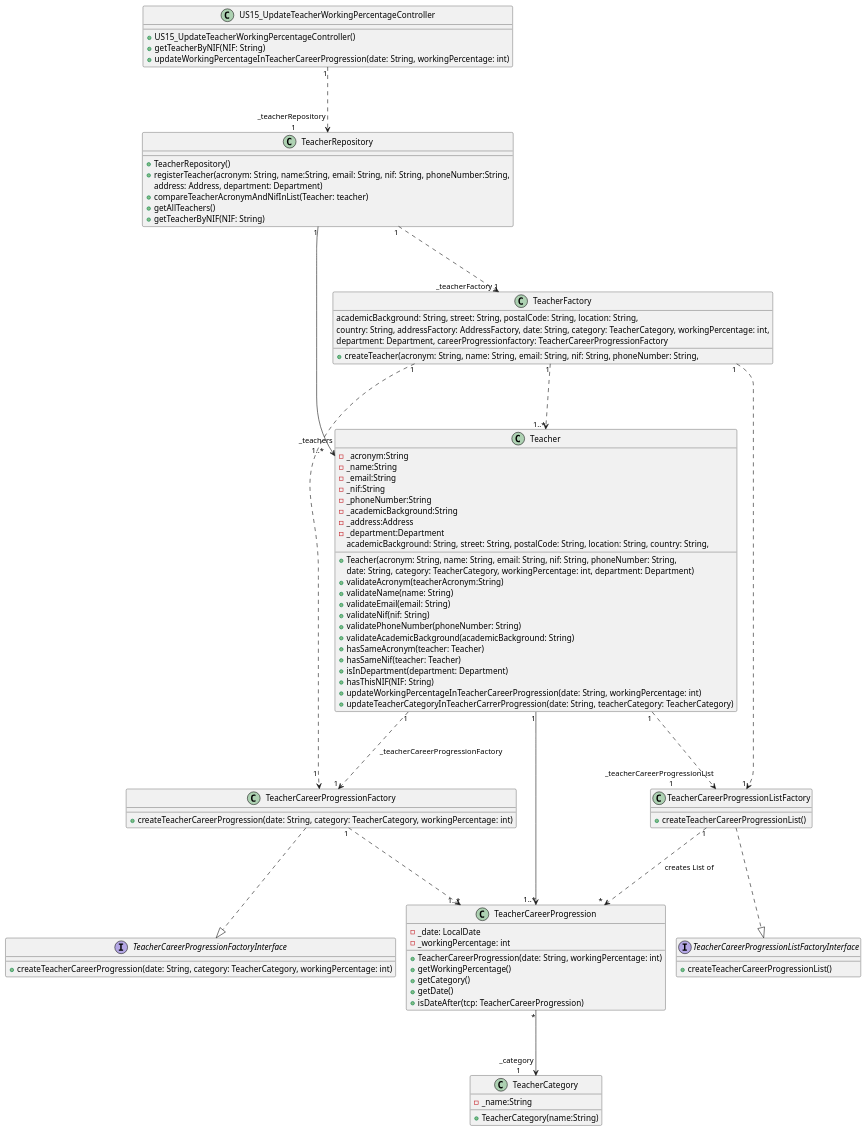
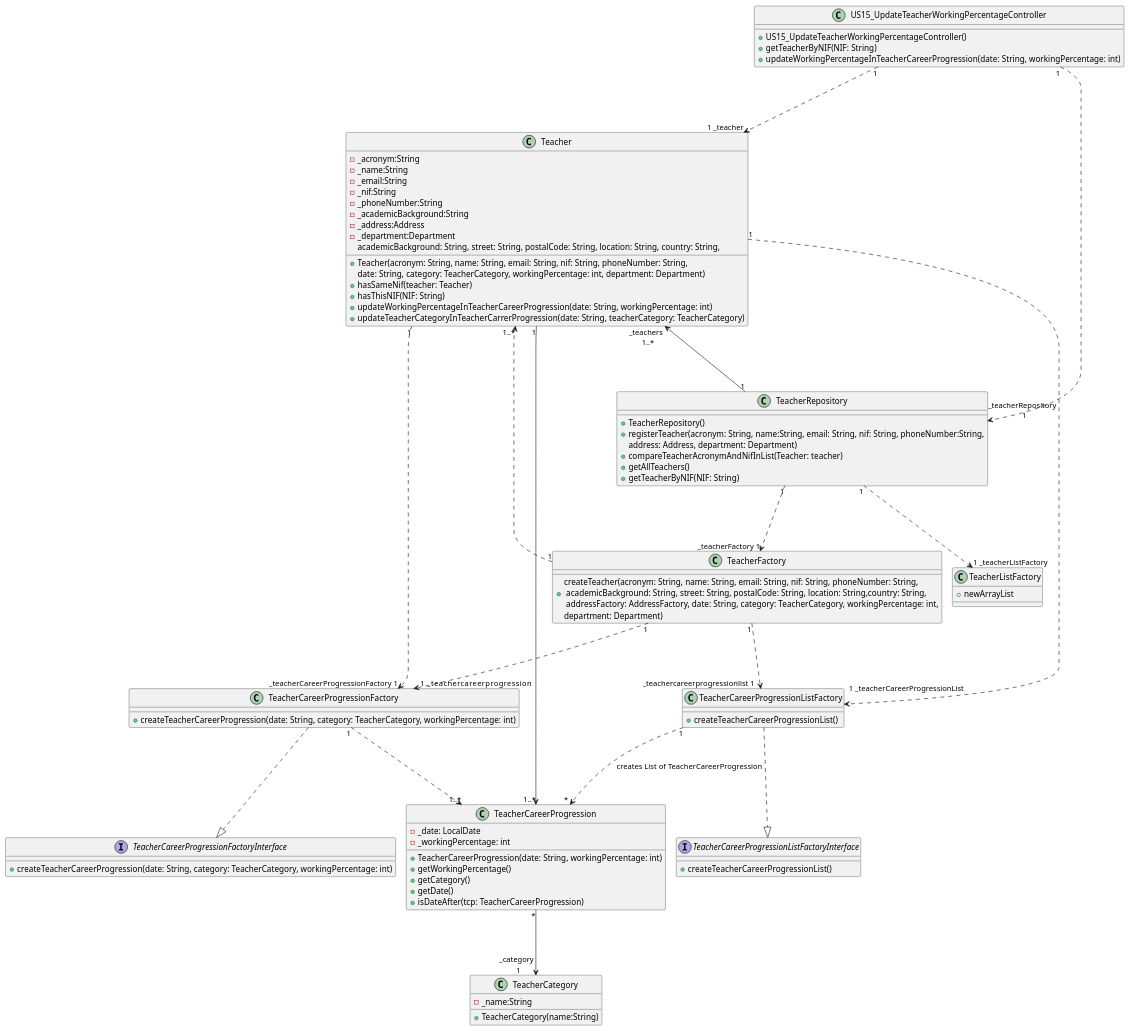
The diagram in docs/US15/US15_ClassDiagram.puml (GasparISEP/DevOps-PAI), drawn with PlantUML before and after one commit. The commit also changed 2 other files, not shown here.

Commit message:
Correction of class diagram for us15

```diff
--- a/docs/US15/US15_ClassDiagram.puml
+++ b/docs/US15/US15_ClassDiagram.puml
@@ -1,100 +1,96 @@
 @startuml
 
 !pragma layout smetana
 'left to right direction
 
 class US15_UpdateTeacherWorkingPercentageController {
     +US15_UpdateTeacherWorkingPercentageController()
     +getTeacherByNIF(NIF: String)
     +updateWorkingPercentageInTeacherCareerProgression(date: String, workingPercentage: int)
 }
 
 class Teacher {
      -_acronym:String
      -_name:String
      -_email:String
      -_nif:String
      -_phoneNumber:String
      -_academicBackground:String
      -_address:Address
      -_department:Department
      +Teacher(acronym: String, name: String, email: String, nif: String, phoneNumber: String,
      academicBackground: String, street: String, postalCode: String, location: String, country: String,
      date: String, category: TeacherCategory, workingPercentage: int, department: Department)
-     +validateAcronym(teacherAcronym:String)
-     +validateName(name: String)
-     +validateEmail(email: String)
-     +validateNif(nif: String)
-     +validatePhoneNumber(phoneNumber: String)
-     +validateAcademicBackground(academicBackground: String)
-     +hasSameAcronym(teacher: Teacher)
      +hasSameNif(teacher: Teacher)
-     +isInDepartment(department: Department)
      +hasThisNIF(NIF: String)
      +updateWorkingPercentageInTeacherCareerProgression(date: String, workingPercentage: int)
      +updateTeacherCategoryInTeacherCarrerProgression(date: String, teacherCategory: TeacherCategory)
 }
 
+class TeacherListFactory {
+     +newArrayList
+}
+
 class TeacherFactory {
-    +createTeacher(acronym: String, name: String, email: String, nif: String, phoneNumber: String,
-   academicBackground: String, street: String, postalCode: String, location: String,
-   country: String, addressFactory: AddressFactory, date: String, category: TeacherCategory, workingPercentage: int,
-   department: Department, careerProgressionfactory: TeacherCareerProgressionFactory
+    +createTeacher(acronym: String, name: String, email: String, nif: String, phoneNumber: String, \n academicBackground: String, street: String, postalCode: String, location: String,country: String, \n addressFactory: AddressFactory, date: String, category: TeacherCategory, workingPercentage: int,
+department: Department)
 }
 
 class TeacherCareerProgression {
     -_date: LocalDate
     -_workingPercentage: int
     +TeacherCareerProgression(date: String, workingPercentage: int)
     +getWorkingPercentage()
     +getCategory()
     +getDate()
     +isDateAfter(tcp: TeacherCareerProgression)
 }
 
 class TeacherRepository {
     +TeacherRepository()
     +registerTeacher(acronym: String, name:String, email: String, nif: String, phoneNumber:String,
                           address: Address, department: Department)
     +compareTeacherAcronymAndNifInList(Teacher: teacher)
     +getAllTeachers()
     +getTeacherByNIF(NIF: String)
 }
 
 class TeacherCategory {
     -_name:String
     + TeacherCategory(name:String)
 }
 
 class TeacherCareerProgressionFactory {
     +createTeacherCareerProgression(date: String, category: TeacherCategory, workingPercentage: int)
 }
 
 interface TeacherCareerProgressionFactoryInterface {
     +createTeacherCareerProgression(date: String, category: TeacherCategory, workingPercentage: int)
 }
 
 class TeacherCareerProgressionListFactory {
     +createTeacherCareerProgressionList()
 }
 
 interface TeacherCareerProgressionListFactoryInterface {
     +createTeacherCareerProgressionList()
 }
 
 US15_UpdateTeacherWorkingPercentageController "1" ....> "_teacherRepository \n 1" TeacherRepository
 Teacher "_teachers \n 1..*" <---- "1" TeacherRepository
 Teacher "1" ----> "\n 1..*" TeacherCareerProgression
 TeacherFactory "1" ....> "1..*" Teacher
-TeacherFactory "1" ....> "1 \n" TeacherCareerProgressionFactory
-TeacherFactory "1" ....> "1" TeacherCareerProgressionListFactory
+TeacherFactory "1" ....> "   1      _teachercareerprogression" TeacherCareerProgressionFactory
+TeacherFactory "1" ....> "    _teachercareerprogressionlist 1   " TeacherCareerProgressionListFactory
 TeacherRepository "1" ....> "_teacherFactory 1" TeacherFactory
 TeacherCareerProgression "*" ----> "_category \n 1" TeacherCategory
-Teacher "1" ....> "1" TeacherCareerProgressionFactory: _teacherCareerProgressionFactory
+Teacher "1" ....> " _teacherCareerProgressionFactory 1" TeacherCareerProgressionFactory
 TeacherCareerProgressionFactory "1" ....> "1..*" TeacherCareerProgression
-Teacher "1" ....> "_teacherCareerProgressionList \n           1" TeacherCareerProgressionListFactory
+Teacher "1" ....> "  1 _teacherCareerProgressionList \n" TeacherCareerProgressionListFactory
 TeacherCareerProgressionFactory ....|> TeacherCareerProgressionFactoryInterface
 TeacherCareerProgressionListFactory ....|> TeacherCareerProgressionListFactoryInterface
-TeacherCareerProgressionListFactory "1" ....> " * " TeacherCareerProgression: creates List of
+TeacherCareerProgressionListFactory "1" ....> " * " TeacherCareerProgression: creates List of TeacherCareerProgression
+TeacherRepository "1" ....> "1 _teacherListFactory" TeacherListFactory
+US15_UpdateTeacherWorkingPercentageController "1"....> " 1 _teacher" Teacher
 
 @enduml
```
